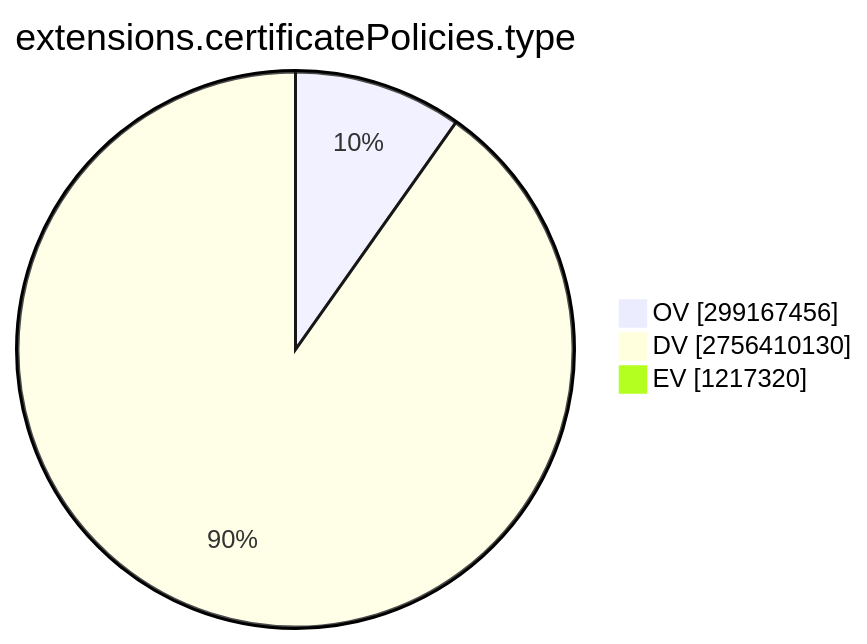
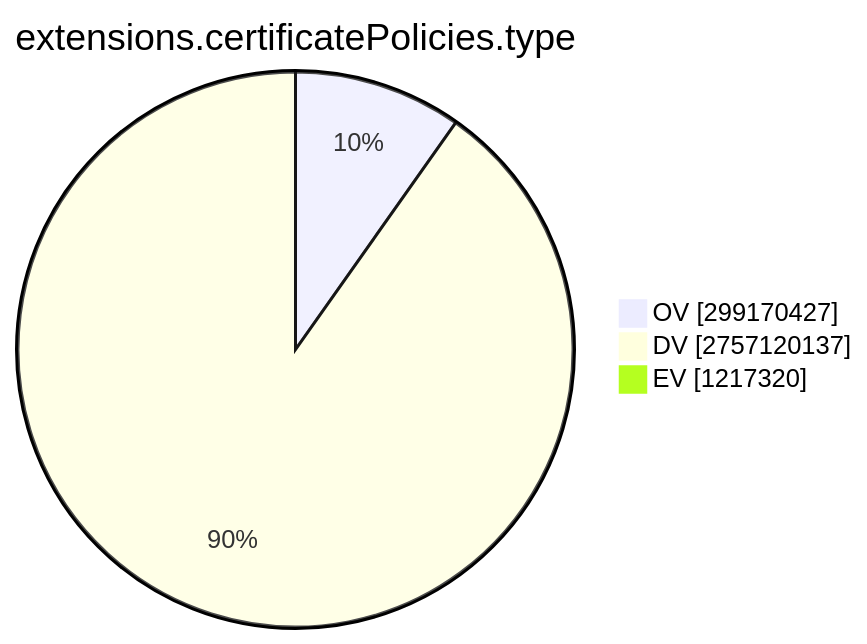
Before and after one commit to christiankrug/ctmonitor_visualization: the ninth of 15 diagrams in TOTAL/README.md, drawn with Mermaid. The commit also changed other lines of this file, not shown here.

````diff
--- a/TOTAL/README.md
+++ b/TOTAL/README.md
@@ -3101,7 +3101,7 @@
 ```mermaid
 pie showData
 title extensions.certificatePolicies.type
-"OV" :299167456
-"DV" :2756410130
+"OV" :299170427
+"DV" :2757120137
 "EV" :1217320
 ```
````
